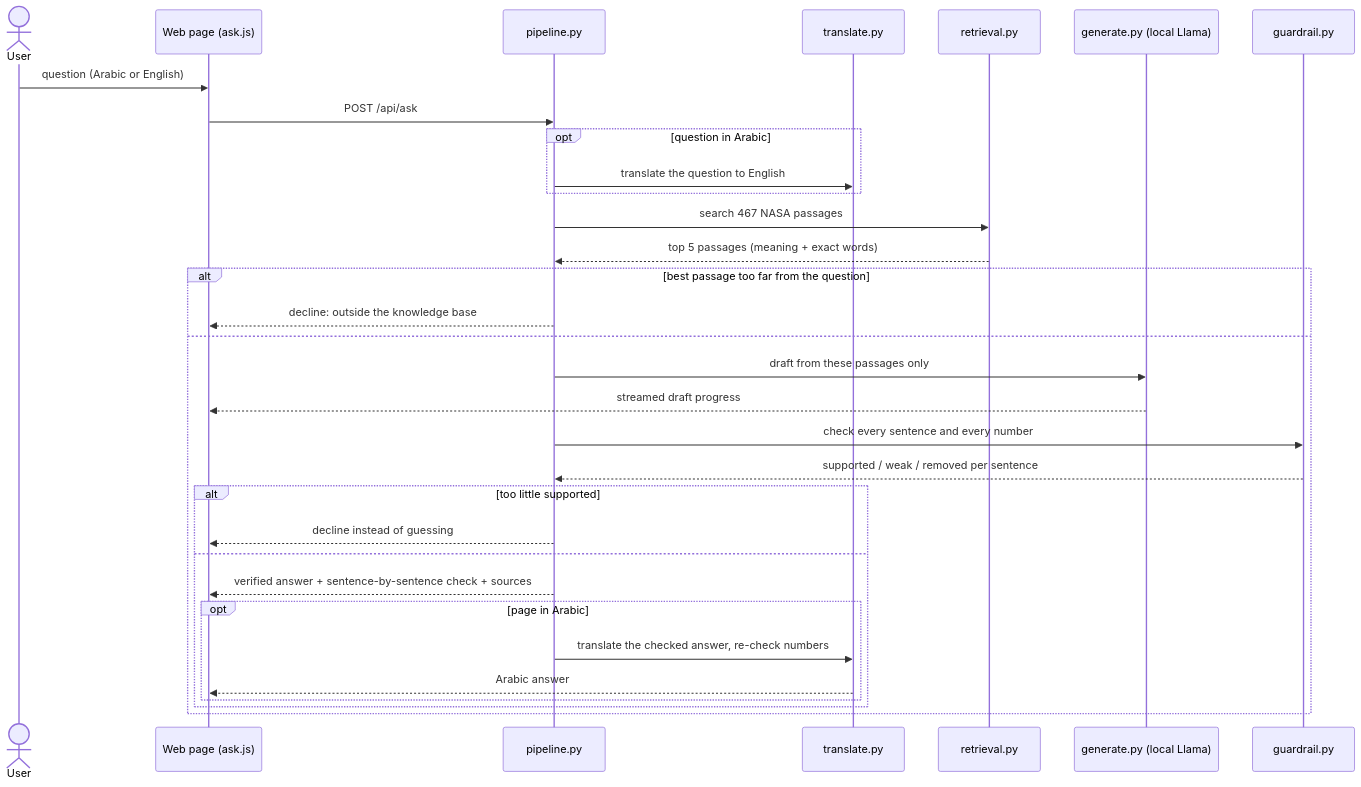
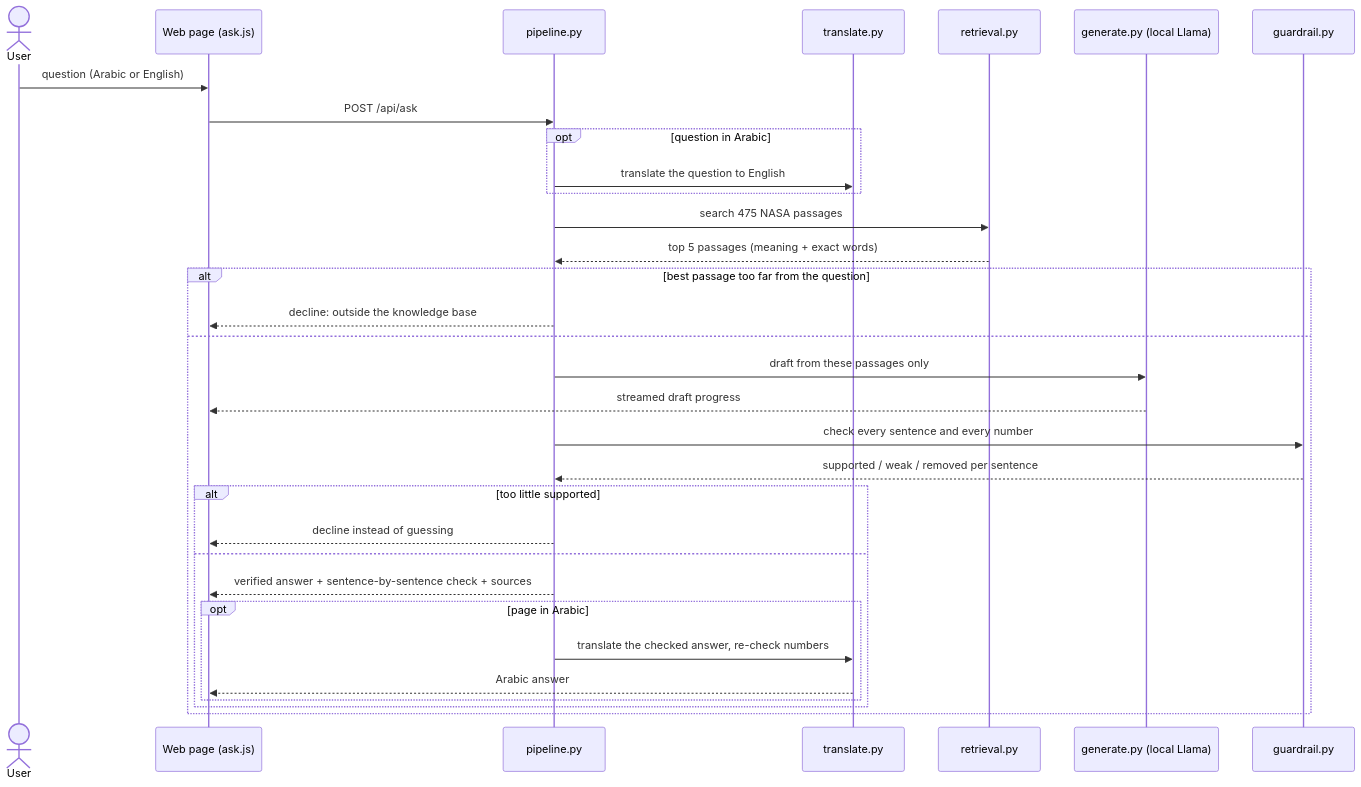
Before and after one commit to mariadwaghrh/flame-in-freefall: the second of 2 diagrams in ARCHITECTURE.md, drawn with Mermaid. The commit also changed other lines of this file and 15 other files, not shown here.

````diff
--- a/ARCHITECTURE.md
+++ b/ARCHITECTURE.md
@@ -70,35 +70,35 @@
 ```mermaid
 sequenceDiagram
     actor U as User
     participant W as Web page (ask.js)
     participant P as pipeline.py
     participant T as translate.py
     participant R as retrieval.py
     participant G as generate.py (local Llama)
     participant C as guardrail.py
 
     U->>W: question (Arabic or English)
     W->>P: POST /api/ask
     opt question in Arabic
         P->>T: translate the question to English
     end
-    P->>R: search 467 NASA passages
+    P->>R: search 475 NASA passages
     R-->>P: top 5 passages (meaning + exact words)
     alt best passage too far from the question
         P-->>W: decline: outside the knowledge base
     else
         P->>G: draft from these passages only
         G-->>W: streamed draft progress
         P->>C: check every sentence and every number
         C-->>P: supported / weak / removed per sentence
         alt too little supported
             P-->>W: decline instead of guessing
         else
             P-->>W: verified answer + sentence-by-sentence check + sources
             opt page in Arabic
                 P->>T: translate the checked answer, re-check numbers
                 T-->>W: Arabic answer
             end
         end
     end
 ```
````
